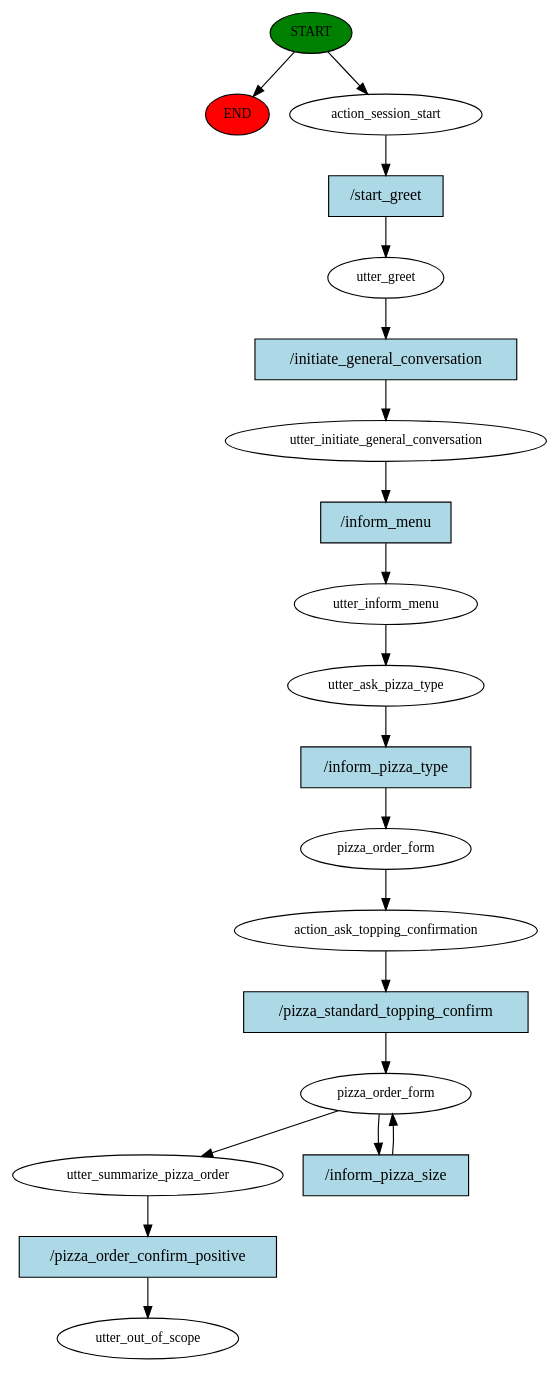
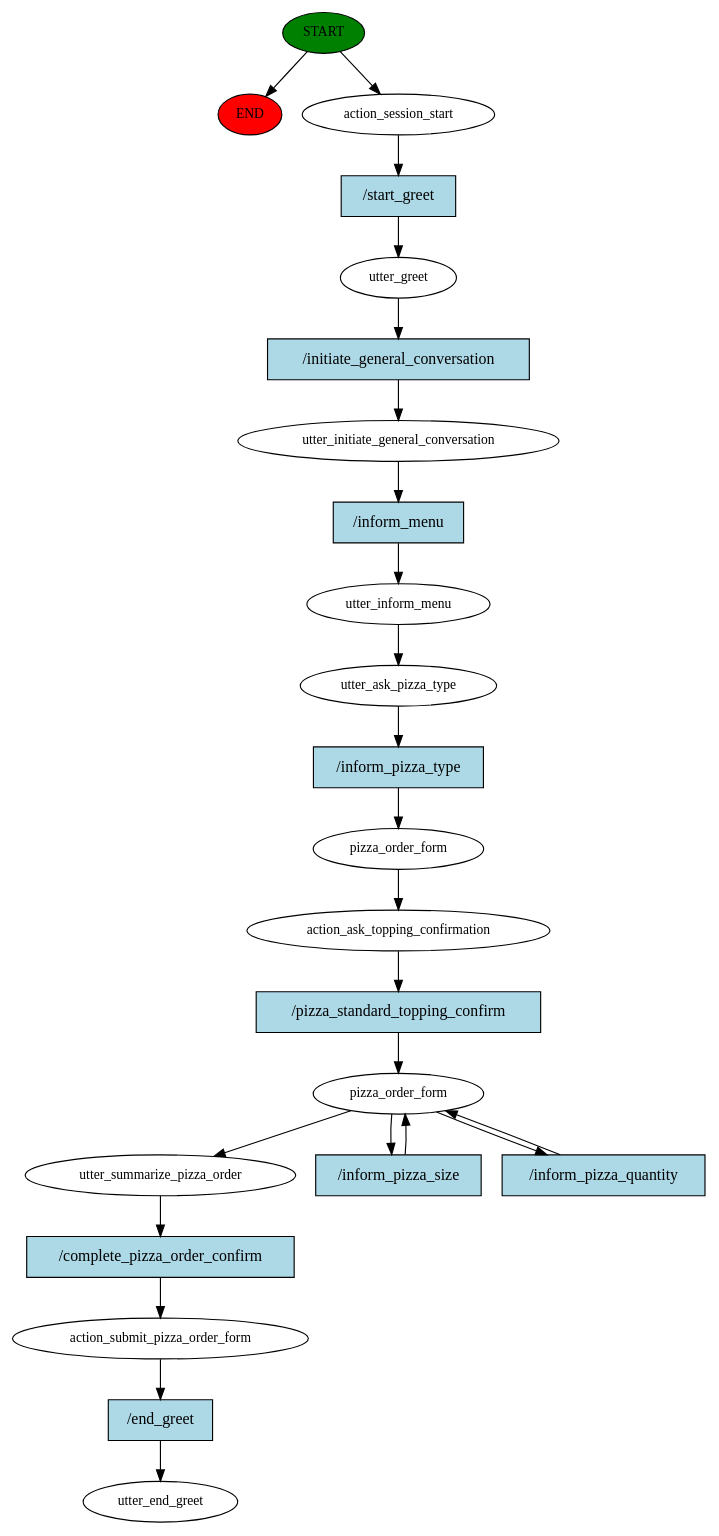
One commit to HiraAfzal9978/HMD-PizzaBot changed the diagram in story_graph.dot. Above: the diagram before and after it, drawn with Graphviz. The commit also changed 5 other files, not shown here.

```diff
--- a/story_graph.dot
+++ b/story_graph.dot
@@ -1,40 +1,47 @@
 digraph  {
 0 [class="start active", fillcolor=green, fontsize=12, label=START, style=filled];
 "-1" [class=end, fillcolor=red, fontsize=12, label=END, style=filled];
 1 [class=active, fontsize=12, label=action_session_start];
 2 [class=active, fontsize=12, label=utter_greet];
 3 [class=active, fontsize=12, label=utter_initiate_general_conversation];
 4 [class=active, fontsize=12, label=utter_inform_menu];
 5 [class=active, fontsize=12, label=utter_ask_pizza_type];
 6 [class=active, fontsize=12, label=pizza_order_form];
 7 [class=active, fontsize=12, label=action_ask_topping_confirmation];
 8 [class=active, fontsize=12, label=pizza_order_form];
-10 [class=active, fontsize=12, label=utter_summarize_pizza_order];
-11 [class="dashed active", fontsize=12, label=utter_out_of_scope];
-12 [class="intent active", fillcolor=lightblue, label="/start_greet", shape=rect, style=filled];
-13 [class="intent active", fillcolor=lightblue, label="/initiate_general_conversation", shape=rect, style=filled];
-14 [class="intent active", fillcolor=lightblue, label="/inform_menu", shape=rect, style=filled];
-15 [class="intent active", fillcolor=lightblue, label="/inform_pizza_type", shape=rect, style=filled];
-16 [class="intent active", fillcolor=lightblue, label="/pizza_standard_topping_confirm", shape=rect, style=filled];
-17 [class="intent active", fillcolor=lightblue, label="/inform_pizza_size", shape=rect, style=filled];
-18 [class="intent active", fillcolor=lightblue, label="/pizza_order_confirm_positive", shape=rect, style=filled];
+11 [class=active, fontsize=12, label=utter_summarize_pizza_order];
+12 [class=active, fontsize=12, label=action_submit_pizza_order_form];
+13 [class="dashed active", fontsize=12, label=utter_end_greet];
+14 [class="intent active", fillcolor=lightblue, label="/start_greet", shape=rect, style=filled];
+15 [class="intent active", fillcolor=lightblue, label="/initiate_general_conversation", shape=rect, style=filled];
+16 [class="intent active", fillcolor=lightblue, label="/inform_menu", shape=rect, style=filled];
+17 [class="intent active", fillcolor=lightblue, label="/inform_pizza_type", shape=rect, style=filled];
+18 [class="intent active", fillcolor=lightblue, label="/pizza_standard_topping_confirm", shape=rect, style=filled];
+19 [class="intent active", fillcolor=lightblue, label="/inform_pizza_size", shape=rect, style=filled];
+20 [class="intent active", fillcolor=lightblue, label="/inform_pizza_quantity", shape=rect, style=filled];
+21 [class="intent active", fillcolor=lightblue, label="/complete_pizza_order_confirm", shape=rect, style=filled];
+22 [class="intent active", fillcolor=lightblue, label="/end_greet", shape=rect, style=filled];
 0 -> "-1"  [class="", key=NONE, label=""];
 0 -> 1  [class=active, key=NONE, label=""];
-1 -> 12  [class=active, key=0];
-2 -> 13  [class=active, key=0];
-3 -> 14  [class=active, key=0];
+1 -> 14  [class=active, key=0];
+2 -> 15  [class=active, key=0];
+3 -> 16  [class=active, key=0];
 4 -> 5  [class=active, key=NONE, label=""];
-5 -> 15  [class=active, key=0];
+5 -> 17  [class=active, key=0];
 6 -> 7  [class=active, key=NONE, label=""];
-7 -> 16  [class=active, key=0];
-8 -> 10  [class=active, key=NONE, label=""];
-8 -> 17  [class=active, key=0];
-10 -> 18  [class=active, key=0];
-12 -> 2  [class=active, key=0];
-13 -> 3  [class=active, key=0];
-14 -> 4  [class=active, key=0];
-15 -> 6  [class=active, key=0];
-16 -> 8  [class=active, key=0];
-17 -> 8  [class=active, key=0];
-18 -> 11  [class=active, key=0];
+7 -> 18  [class=active, key=0];
+8 -> 11  [class=active, key=NONE, label=""];
+8 -> 19  [class=active, key=0];
+8 -> 20  [class=active, key=0];
+11 -> 21  [class=active, key=0];
+12 -> 22  [class=active, key=0];
+14 -> 2  [class=active, key=0];
+15 -> 3  [class=active, key=0];
+16 -> 4  [class=active, key=0];
+17 -> 6  [class=active, key=0];
+18 -> 8  [class=active, key=0];
+19 -> 8  [class=active, key=0];
+20 -> 8  [class=active, key=0];
+21 -> 12  [class=active, key=0];
+22 -> 13  [class=active, key=0];
 }
```
